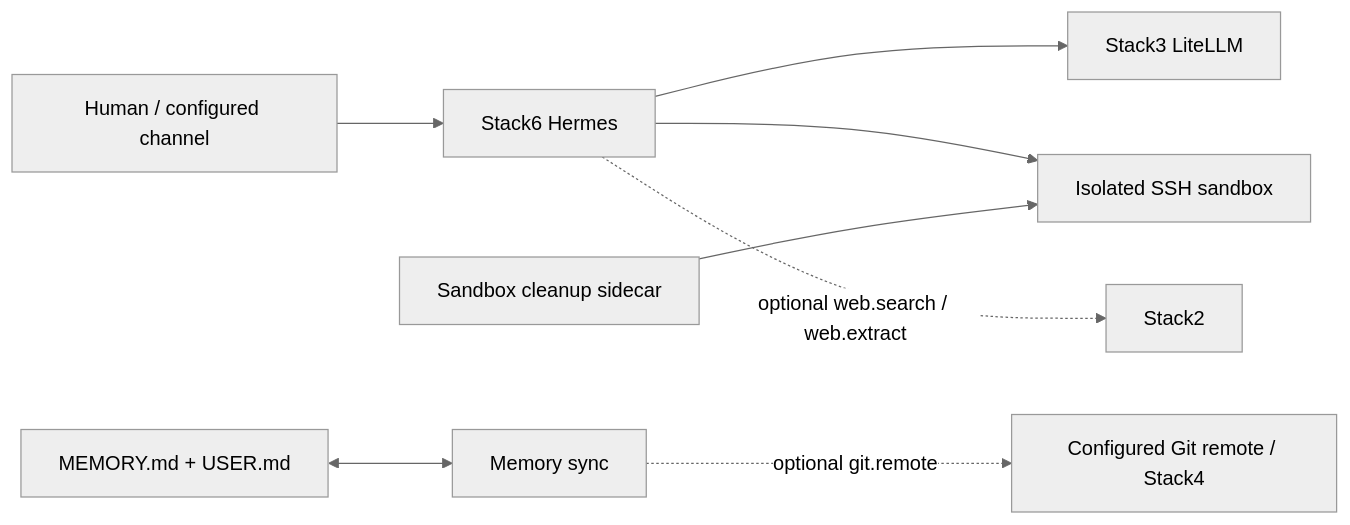
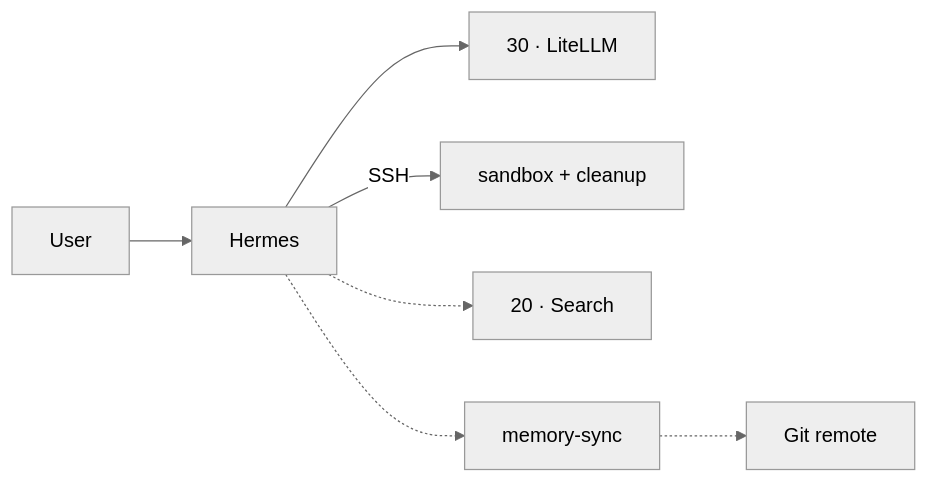
Before and after one commit to ea1het/local_hybrid_ai: the diagram in stack-60_-_hermes/README.md, drawn with Mermaid (neutral theme). The commit also changed other lines of this file and 16 other files, not shown here.

````diff
--- a/stack-60_-_hermes/README.md
+++ b/stack-60_-_hermes/README.md
@@ -13,10 +13,8 @@
 ```mermaid
 flowchart LR
-    User["Human / configured channel"] --> Hermes["Stack6 Hermes"]
-    Hermes --> LiteLLM["Stack3 LiteLLM"]
-    Hermes --> Sandbox["Isolated SSH sandbox"]
-    Hermes -.->|optional web.search / web.extract| Web["Stack2"]
-    Memory["MEMORY.md + USER.md"] <--> Sync["Memory sync"]
-    Sync -.->|optional git.remote| Git["Configured Git remote / Stack4"]
-    Cleaner["Sandbox cleanup sidecar"] --> Sandbox
+    User --> Hermes
+    Hermes --> LiteLLM["30 · LiteLLM"]
+    Hermes -->|SSH| Sandbox["sandbox + cleanup"]
+    Hermes -.-> Web["20 · Search"]
+    Hermes -.-> Sync["memory-sync"] -.-> Git["Git remote"]
 ```
````
